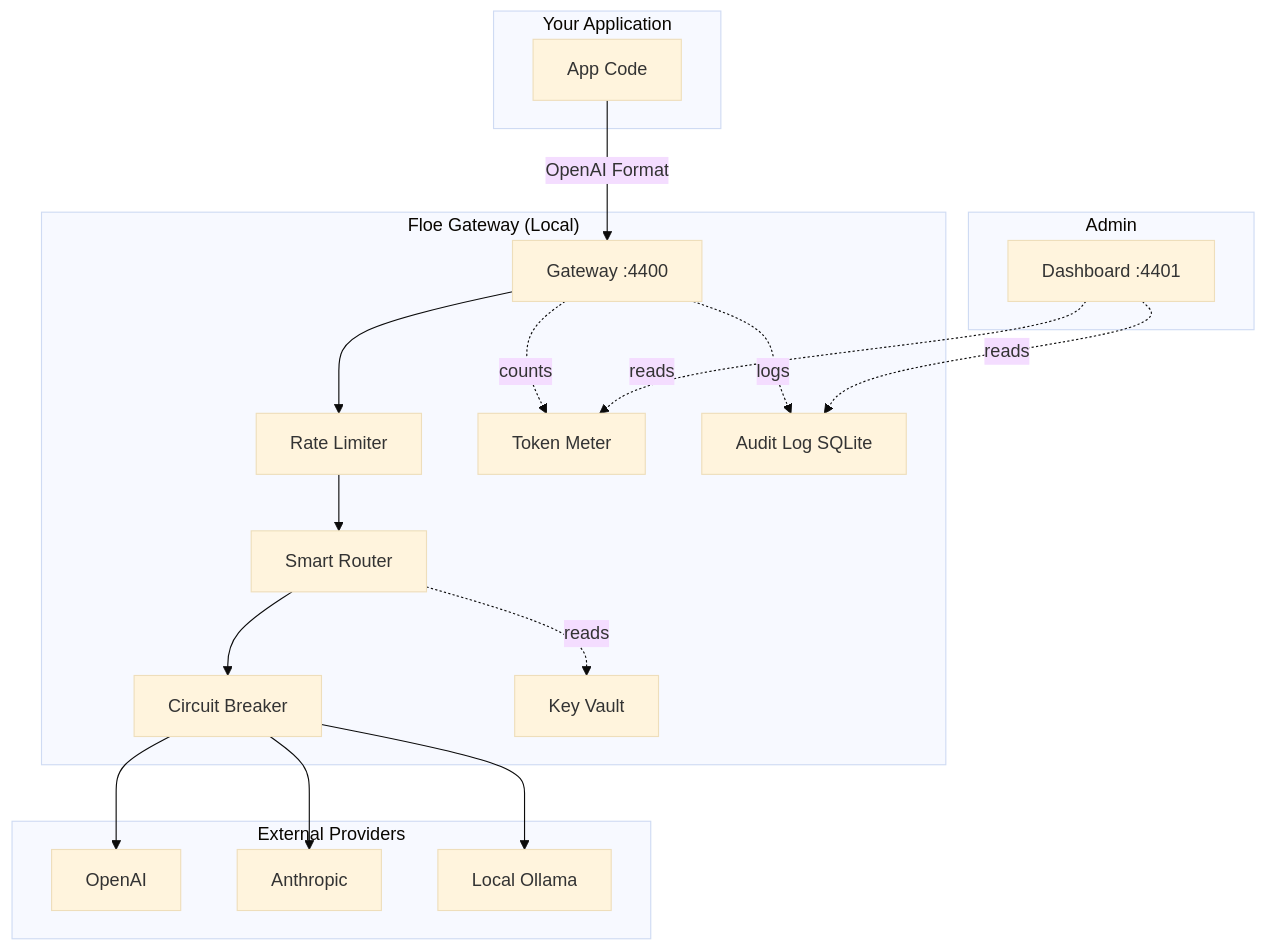
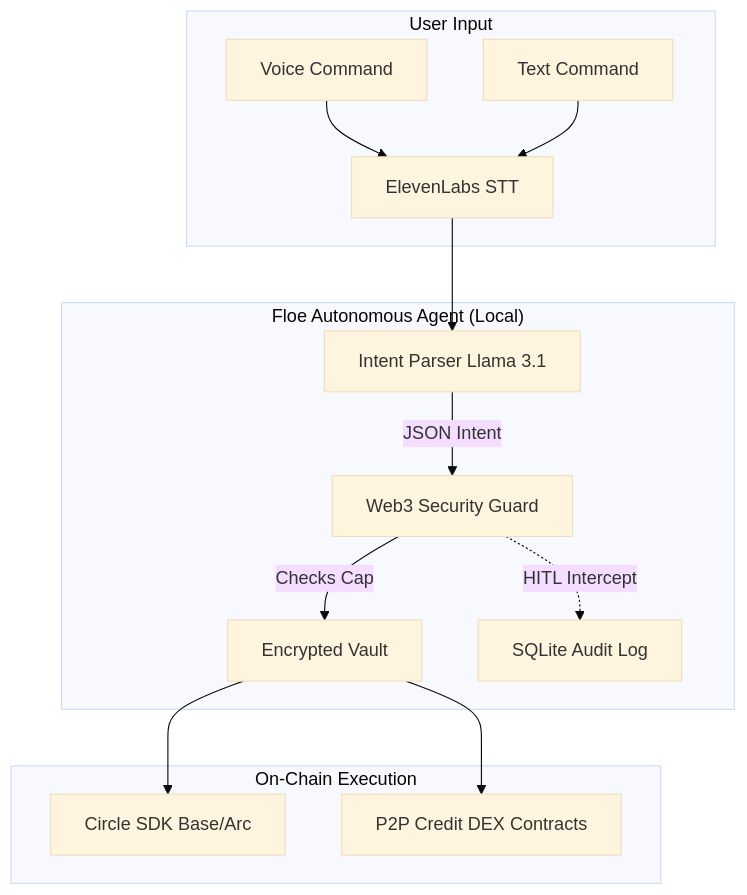
The diagram in README.md (maksboreichuk88-commits/Floe), drawn with Mermaid (base theme) before and after one commit. The commit also changed other lines of this file and 8 other files, not shown here.

Commit message:
feat(web3): pivot to autonomous payment agent via Llama 3.1 and Circle SDK

````diff
--- a/README.md
+++ b/README.md
@@ -60,35 +58,26 @@
 ```mermaid
 graph TB
-    subgraph "Your Application"
-        APP[App Code]
+    subgraph "User Input"
+        V[Voice Command] --> STT[ElevenLabs STT]
+        T[Text Command] --> STT
     end
-    
-    subgraph "Floe Gateway (Local)"
-        API[Gateway :4400]
-        RT[Smart Router]
-        CB[Circuit Breaker]
-        RL[Rate Limiter]
-        VAULT[Key Vault]
-        METER[Token Meter]
-        AUDIT[Audit Log SQLite]
+
+    subgraph "Floe Autonomous Agent (Local)"
+        INT[Intent Parser Llama 3.1]
+        GUARD[Web3 Security Guard]
+        VAULT[Encrypted Vault]
+        AUDIT[SQLite Audit Log]
     end
-    
-    subgraph "External Providers"
-        OAI[OpenAI]
-        ANT[Anthropic]
-        OLL[Local Ollama]
+
+    subgraph "On-Chain Execution"
+        CIRC[Circle SDK Base/Arc]
+        DEX[P2P Credit DEX Contracts]
     end
-    
-    subgraph "Admin"
-        DASH[Dashboard :4401]
-    end
-    
-    APP -->|OpenAI Format| API
-    API --> RL --> RT
-    RT --> CB
-    CB --> OAI & ANT & OLL
-    RT -.->|reads| VAULT
-    API -.->|logs| AUDIT
-    API -.->|counts| METER
-    DASH -.->|reads| AUDIT & METER
+
+    STT --> INT
+    INT -->|JSON Intent| GUARD
+    GUARD -->|Checks Cap| VAULT
+    GUARD -.->|HITL Intercept| AUDIT
+    VAULT --> CIRC
+    VAULT --> DEX
 ```
````
